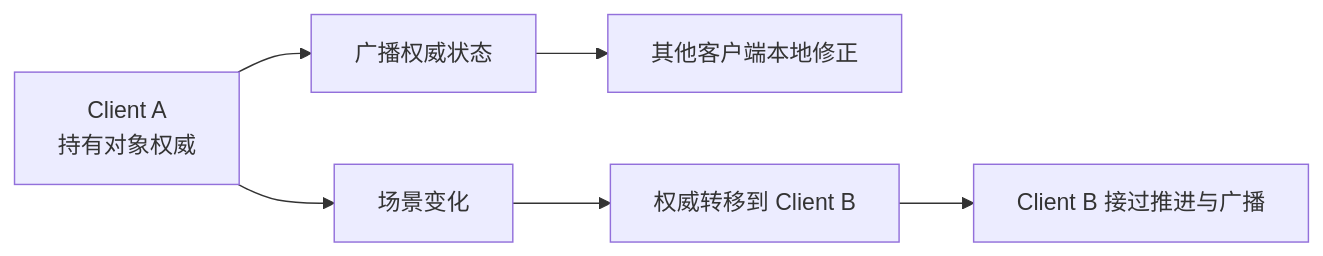
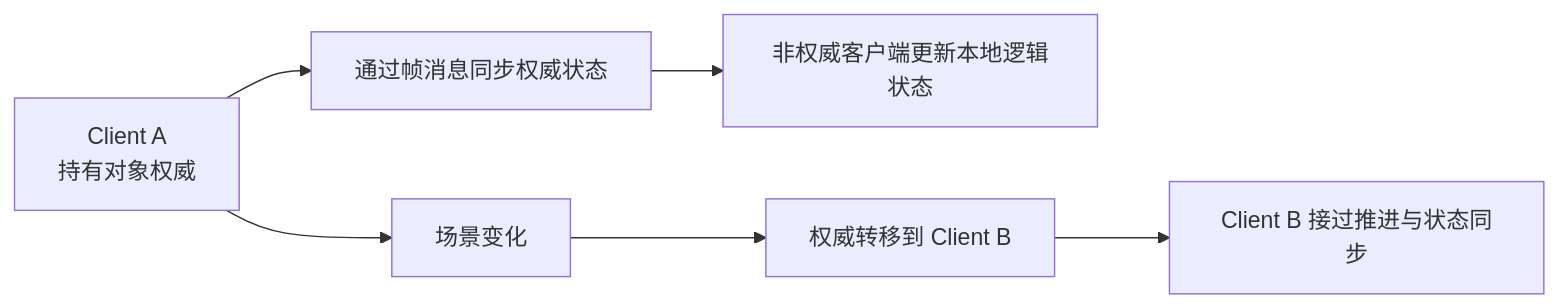
Before and after one commit to boomlulu/knowledge-share: the fourth of 5 diagrams in 帧同步技术分享/slidev/slides.md, drawn with Mermaid. The commit also changed other lines of this file and 1 other file, not shown here.

````diff
--- a/帧同步技术分享/slidev/slides.md
+++ b/帧同步技术分享/slidev/slides.md
@@ -742,8 +742,8 @@
 ```mermaid
 flowchart LR
-  A["Client A<br/>持有对象权威"] --> B["广播权威状态"]
-  B --> C["其他客户端本地修正"]
+  A["Client A<br/>持有对象权威"] --> B["通过帧消息同步权威状态"]
+  B --> C["非权威客户端更新本地逻辑状态"]
   A --> D["场景变化"]
   D --> E["权威转移到 Client B"]
-  E --> F["Client B 接过推进与广播"]
+  E --> F["Client B 接过推进与状态同步"]
 ```
````
